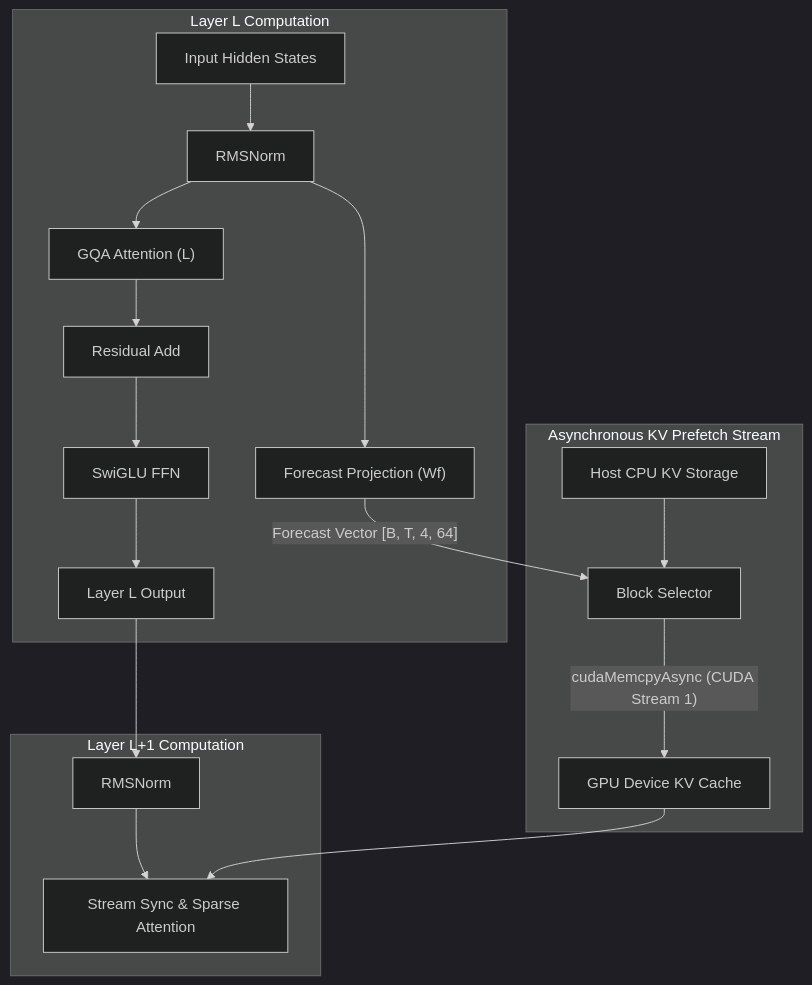
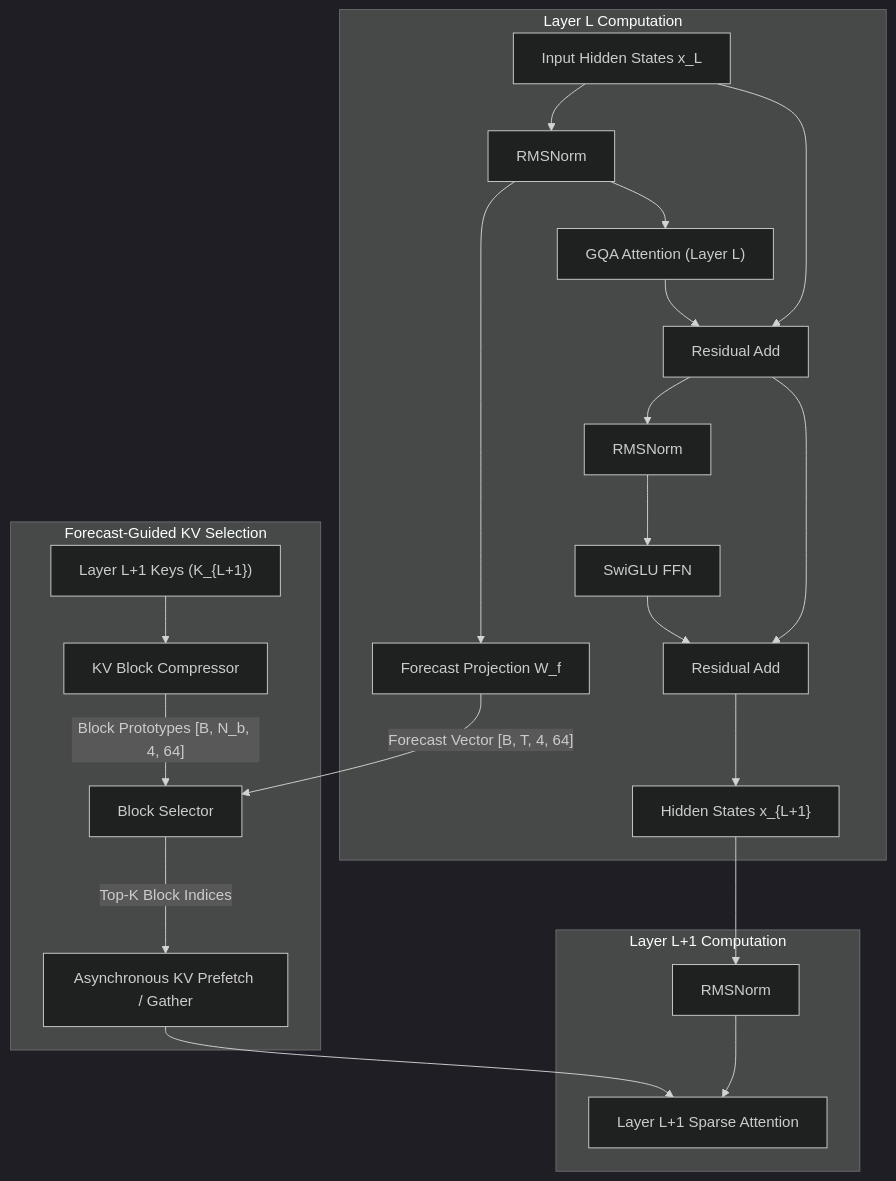
One commit to tyborra/local-research-Small-Language-Model changed the diagram in README.md. Above: the diagram before and after it, drawn with Mermaid (dark theme). The commit also changed other lines of this file, not shown here.

````diff
--- a/README.md
+++ b/README.md
@@ -21,23 +34,28 @@
 ```mermaid
 graph TD
     subgraph Layer_L ["Layer L Computation"]
-        X_L["Input Hidden States"] --> Norm_L1["RMSNorm"]
-        Norm_L1 --> Attn_L["GQA Attention (L)"]
-        Norm_L1 --> FC_L["Forecast Projection (Wf)"]
+        X_L["Input Hidden States x_L"] --> Norm_L1["RMSNorm"]
+        Norm_L1 --> Attn_L["GQA Attention (Layer L)"]
+        Norm_L1 --> FC_L["Forecast Projection W_f"]
         Attn_L --> Res_L1["Residual Add"]
-        Res_L1 --> FFN_L["SwiGLU FFN"]
-        FFN_L --> Out_L["Layer L Output"]
+        X_L --> Res_L1
+        Res_L1 --> Norm_L2["RMSNorm"]
+        Norm_L2 --> FFN_L["SwiGLU FFN"]
+        FFN_L --> Res_L2["Residual Add"]
+        Res_L1 --> Res_L2
+        Res_L2 --> Out_L["Hidden States x_{L+1}"]
     end
 
-    subgraph Async_Transfer ["Asynchronous KV Prefetch Stream"]
+    subgraph Async_Prefetch ["Forecast-Guided KV Selection"]
         FC_L -->|"Forecast Vector [B, T, 4, 64]"| Selector["Block Selector"]
-        CPU_KV["Host CPU KV Storage"] --> Selector
-        Selector -->|"cudaMemcpyAsync (CUDA Stream 1)"| GPU_KV["GPU Device KV Cache"]
+        KV_L1["Layer L+1 Keys (K_{L+1})"] --> Compressor["KV Block Compressor"]
+        Compressor -->|"Block Prototypes [B, N_b, 4, 64]"| Selector
+        Selector -->|"Top-K Block Indices"| Prefetch["Asynchronous KV Prefetch / Gather"]
     end
 
     subgraph Layer_L1 ["Layer L+1 Computation"]
         Out_L --> Norm_L1_next["RMSNorm"]
-        Norm_L1_next --> Sync["Stream Sync & Sparse Attention"]
-        GPU_KV --> Sync
+        Prefetch --> Sparse_Attn["Layer L+1 Sparse Attention"]
+        Norm_L1_next --> Sparse_Attn
     end
 ```
````
